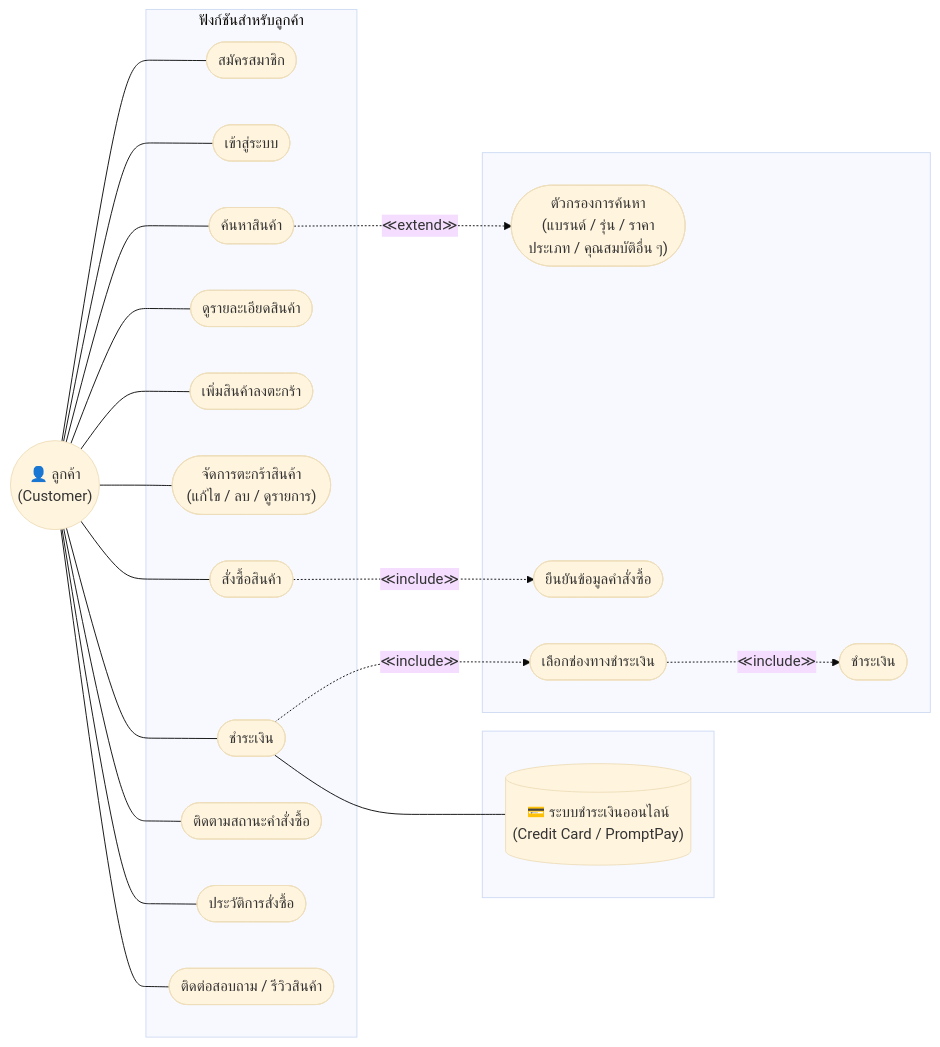
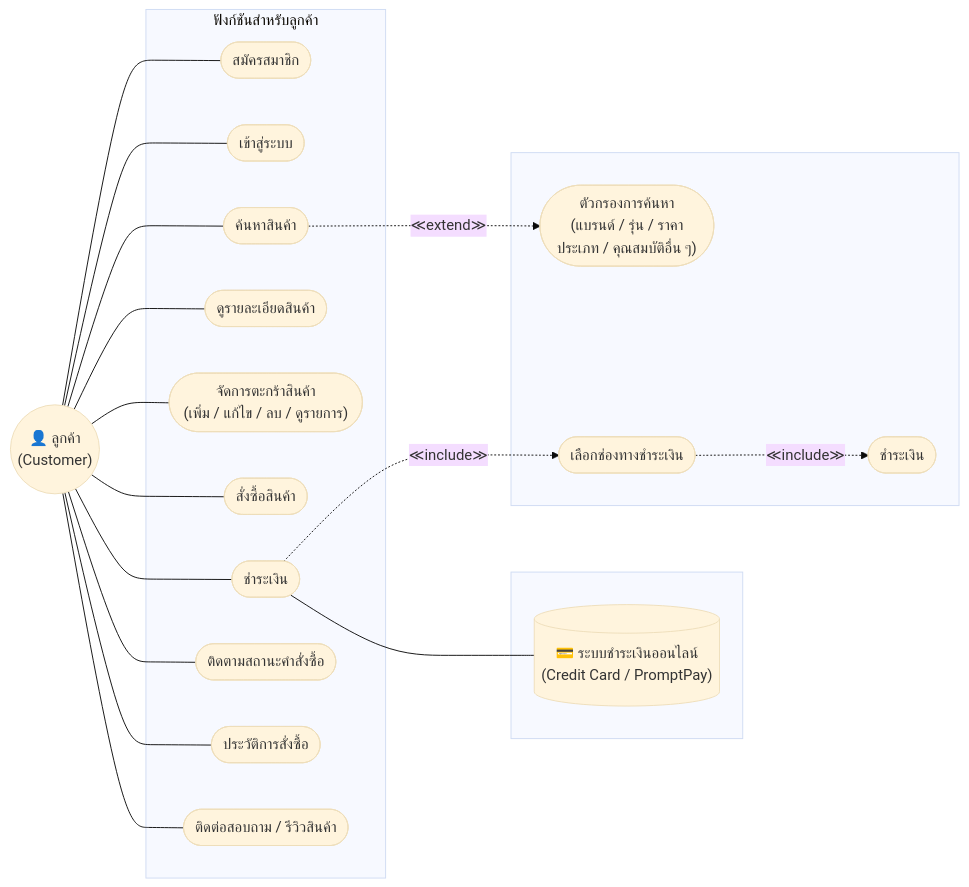
One commit to ArGusmumumimi/PC-Center- changed the first of 8 diagrams in README.md. Above: the diagram before and after it, drawn with Mermaid (base theme). The commit also changed other lines of this file, not shown here.

````diff
--- a/README.md
+++ b/README.md
@@ -124,47 +169,43 @@
 ```mermaid
 flowchart LR
     Customer(("👤 ลูกค้า\n(Customer)"))
 
     subgraph OnlineStore_Customer["ฟังก์ชันสำหรับลูกค้า"]
         UC1([สมัครสมาชิก])
         UC2([เข้าสู่ระบบ])
         UC3([ค้นหาสินค้า])
         UC4([ดูรายละเอียดสินค้า])
-        UC5([เพิ่มสินค้าลงตะกร้า])
-        UC6(["จัดการตะกร้าสินค้า\n(แก้ไข / ลบ / ดูรายการ)"])
-        UC7([สั่งซื้อสินค้า])
-        UC8([ชำระเงิน])
-        UC9([ติดตามสถานะคำสั่งซื้อ])
-        UC10([ประวัติการสั่งซื้อ])
-        UC11(["ติดต่อสอบถาม / รีวิวสินค้า"])
+        UC5(["จัดการตะกร้าสินค้า\n(เพิ่ม / แก้ไข / ลบ / ดูรายการ)"])
+        UC6([สั่งซื้อสินค้า])
+        UC7([ชำระเงิน])
+        UC8([ติดตามสถานะคำสั่งซื้อ])
+        UC9([ประวัติการสั่งซื้อ])
+        UC10(["ติดต่อสอบถาม / รีวิวสินค้า"])
     end
 
     subgraph extend_include[" "]
         UC3E(["ตัวกรองการค้นหา\n(แบรนด์ / รุ่น / ราคา\nประเภท / คุณสมบัติอื่น ๆ)"])
-        UC7I([ยืนยันข้อมูลคำสั่งซื้อ])
-        UC8I([เลือกช่องทางชำระเงิน])
-        UC8I2([ชำระเงิน])
+        UC7I([เลือกช่องทางชำระเงิน])
+        UC7I2([ชำระเงิน])
     end
 
     subgraph ExtServices_1[" "]
         EXT1[("💳 ระบบชำระเงินออนไลน์\n(Credit Card / PromptPay)")]
     end
 
     Customer --- UC1
     Customer --- UC2
     Customer --- UC3
     Customer --- UC4
     Customer --- UC5
     Customer --- UC6
     Customer --- UC7
     Customer --- UC8
     Customer --- UC9
     Customer --- UC10
-    Customer --- UC11
 
     UC3 -. "≪extend≫" .-> UC3E
     UC7 -. "≪include≫" .-> UC7I
-    UC8 -. "≪include≫" .-> UC8I
-    UC8I -. "≪include≫" .-> UC8I2
-    UC8 --- EXT1
+    UC7I -. "≪include≫" .-> UC7I2
+    UC7 --- EXT1
 ```
````
